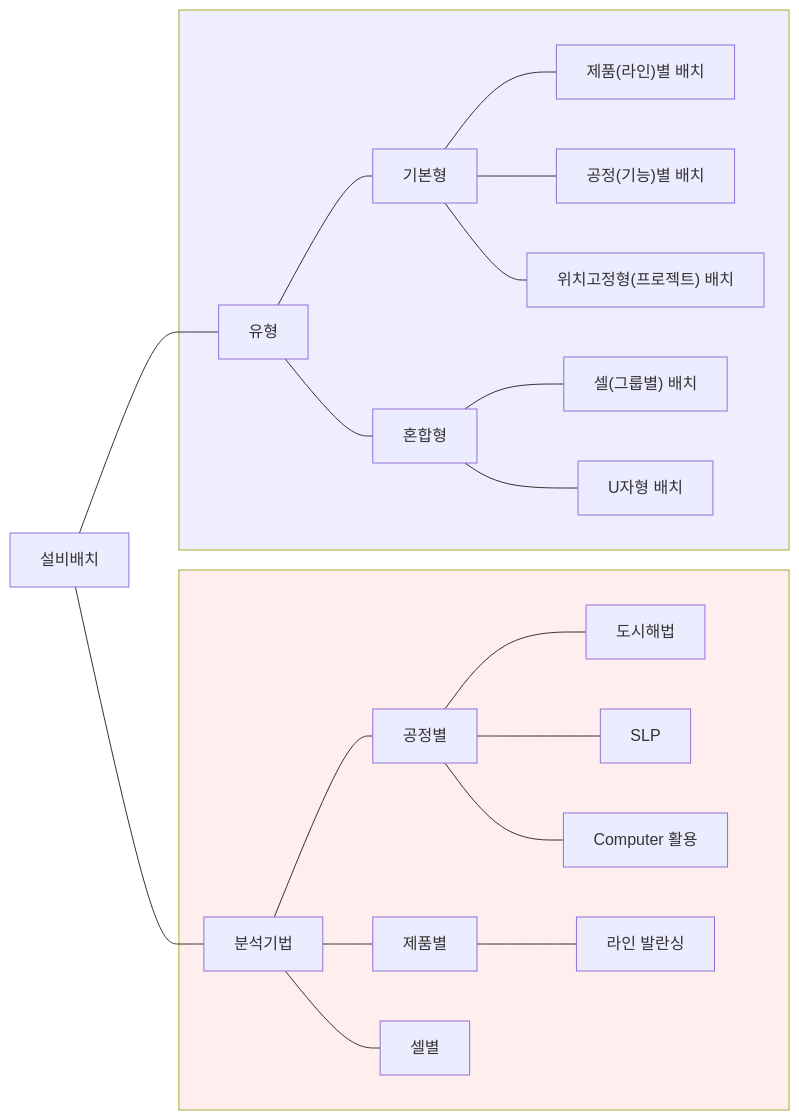
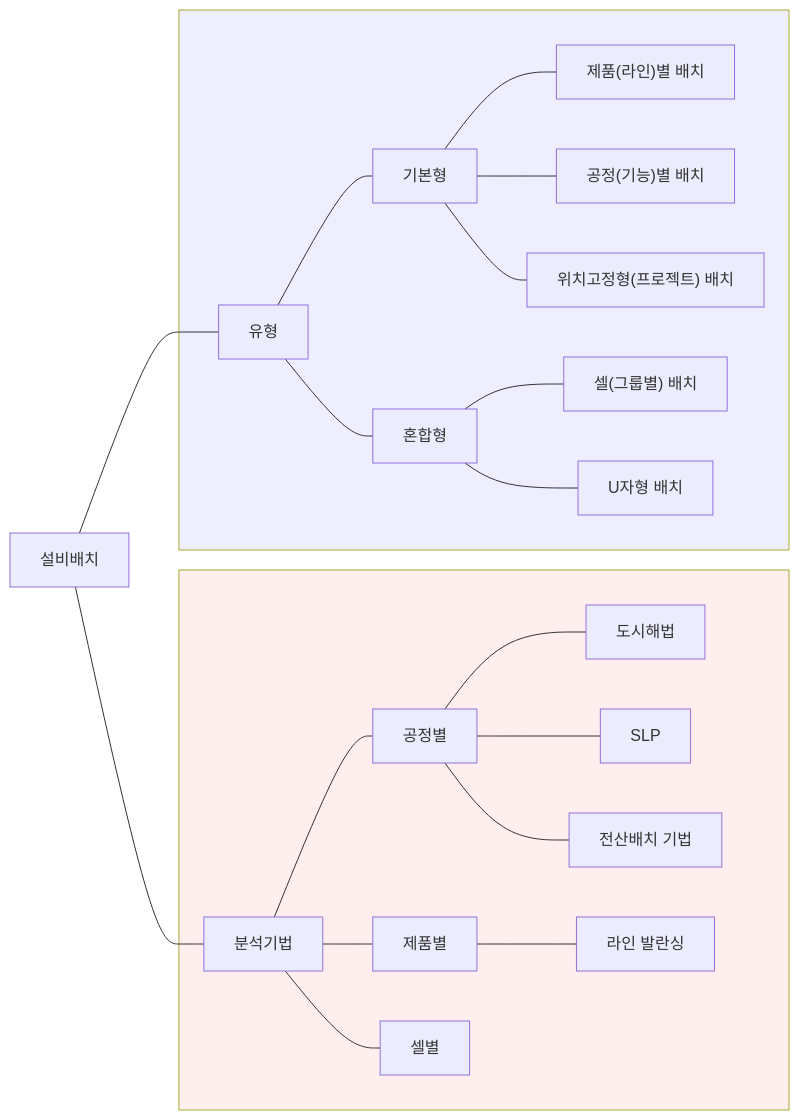
The first of 4 diagrams in 0102생산구조와방식.qmd (yeonkyupark/pepc2e), drawn with Mermaid before and after one commit. The commit also changed other lines of this file, not shown here.

````diff
--- a/0102생산구조와방식.qmd
+++ b/0102생산구조와방식.qmd
@@ -15,23 +15,23 @@
 ```{mermaid}
 %%| fig-cap: "설비배치 유형 및 분석 기법"
 
 flowchart LR
 설비배치 --- 유형 & 분석기법
 subgraph 1["  "]
 유형 --- 기본형 & 혼합형
 기본형 --- 11["제품(라인)별 배치"]
 기본형 --- 12["공정(기능)별 배치"]
 기본형 --- 13["위치고정형(프로젝트) 배치"]
 혼합형 --- 21["셀(그룹별) 배치"]
 혼합형 --- 22["U자형 배치"]
 end
 
 subgraph 0[" "]
 분석기법 --- 공정별 & 제품별 & 셀별
-공정별 --- 도시해법 & SLP & 51[Computer 활용]
+공정별 --- 도시해법 & SLP & 51[전산배치 기법]
 제품별 --- 52["라인 발란싱"]
 end
 
 style 1 fill:#eef
 style 0 fill:#fee
 ```
````
